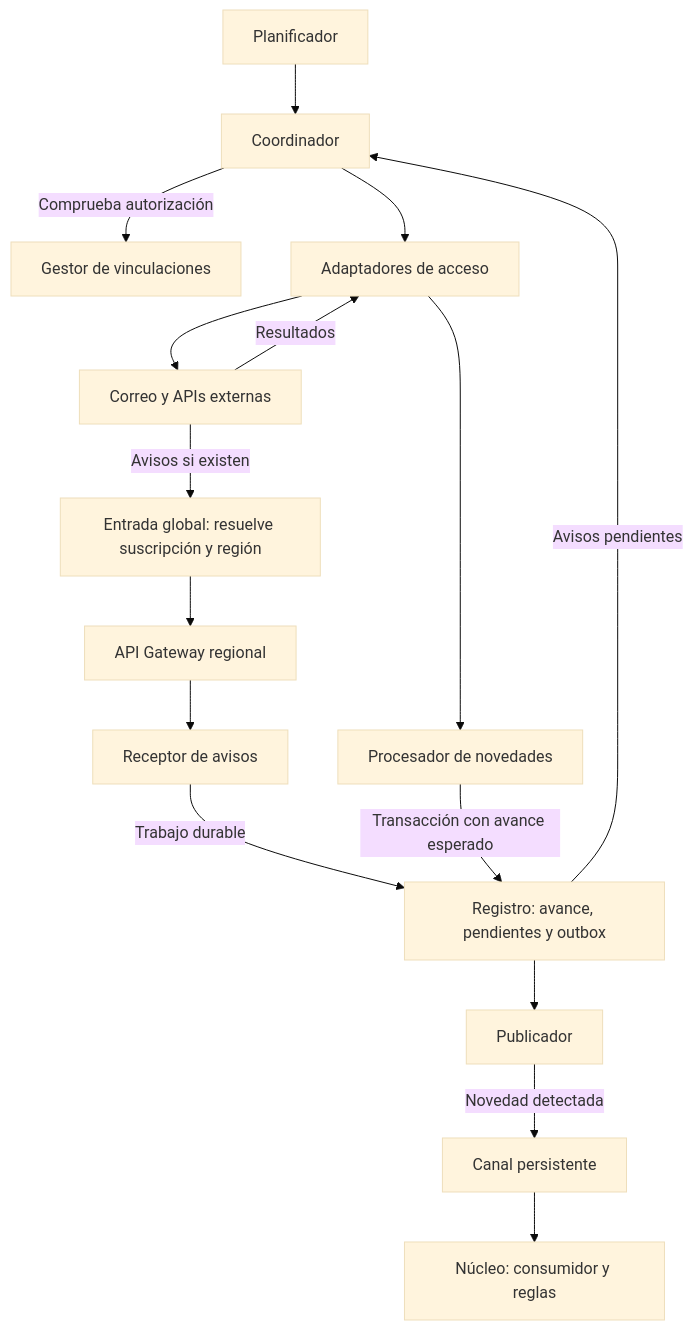
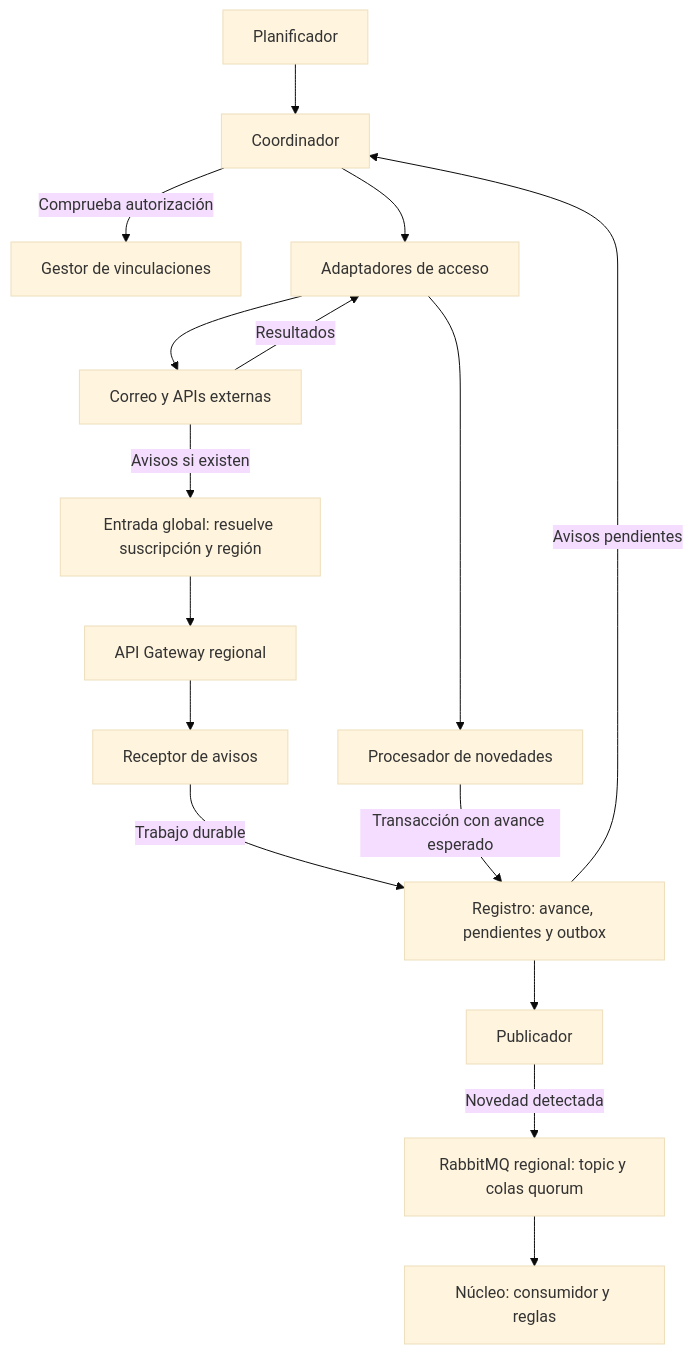
The diagram in trotamundos/docs/02-views/ingestion-view.md (TadeoBrun1/TPE_software), drawn with Mermaid (base theme) before and after one commit. The commit also changed other lines of this file and 25 other files, not shown here.

````diff
--- a/trotamundos/docs/02-views/ingestion-view.md
+++ b/trotamundos/docs/02-views/ingestion-view.md
@@ -7,18 +7,18 @@
 ```mermaid
 flowchart TB
     P["Planificador"] --> C["Coordinador"]
     C -->|"Comprueba autorización"| G["Gestor de vinculaciones"]
     C --> A["Adaptadores de acceso"]
     A --> E["Correo y APIs externas"]
     E -->|"Resultados"| A
     A --> T["Procesador de novedades"]
     E -->|"Avisos si existen"| EG["Entrada global: resuelve suscripción y región"]
     EG --> GW["API Gateway regional"]
     GW --> H["Receptor de avisos"]
     H -->|"Trabajo durable"| R["Registro: avance, pendientes y outbox"]
     R -->|"Avisos pendientes"| C
     T -->|"Transacción con avance esperado"| R
     R --> U["Publicador"]
-    U -->|"Novedad detectada"| Q["Canal persistente"]
+    U -->|"Novedad detectada"| Q["RabbitMQ regional: topic y colas quorum"]
     Q --> N["Núcleo: consumidor y reglas"]
 ```
````
